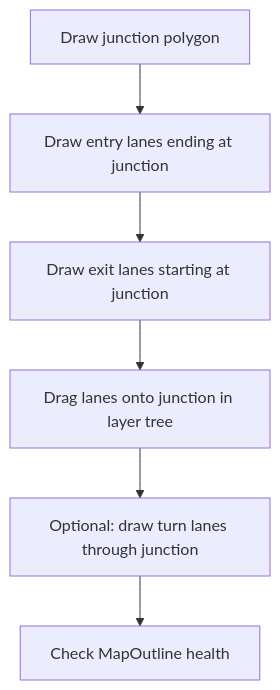
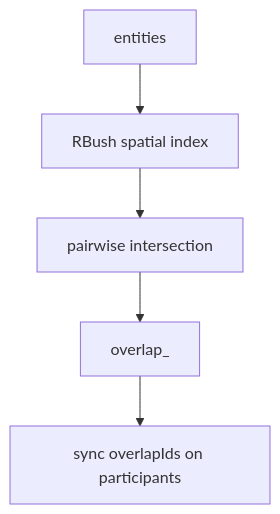
Before and after one commit to SakuraPuare/apollo-map-studio: the fourth of 4 diagrams in docs/guide/topology-and-junctions.md, drawn with Mermaid. The commit also changed other lines of this file and 414 other files, not shown here.

````diff
--- a/docs/guide/topology-and-junctions.md
+++ b/docs/guide/topology-and-junctions.md
@@ -192,8 +105,7 @@
 ```mermaid
 flowchart TD
-  Step1[Draw junction polygon] --> Step2[Draw entry lanes ending at junction]
-  Step2 --> Step3[Draw exit lanes starting at junction]
-  Step3 --> Step4[Drag lanes onto junction in layer tree]
-  Step4 --> Step5[Optional: draw turn lanes through junction]
-  Step5 --> Step6[Check MapOutline health]
+  E[entities] --> R[RBush spatial index]
+  R --> P[pairwise intersection]
+  P --> ID[overlap_<sortedParticipantIds>]
+  ID --> Sync[sync overlapIds on participants]
 ```
````
